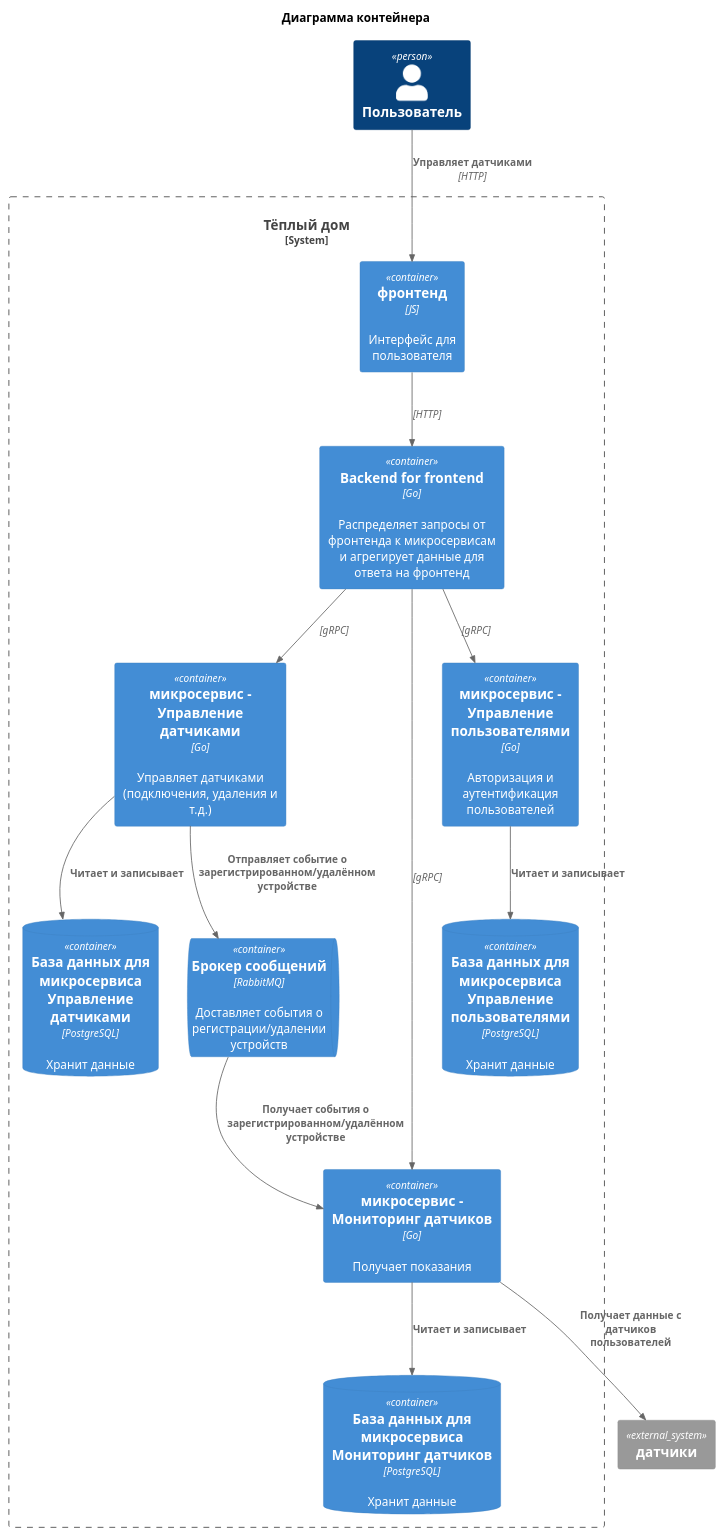
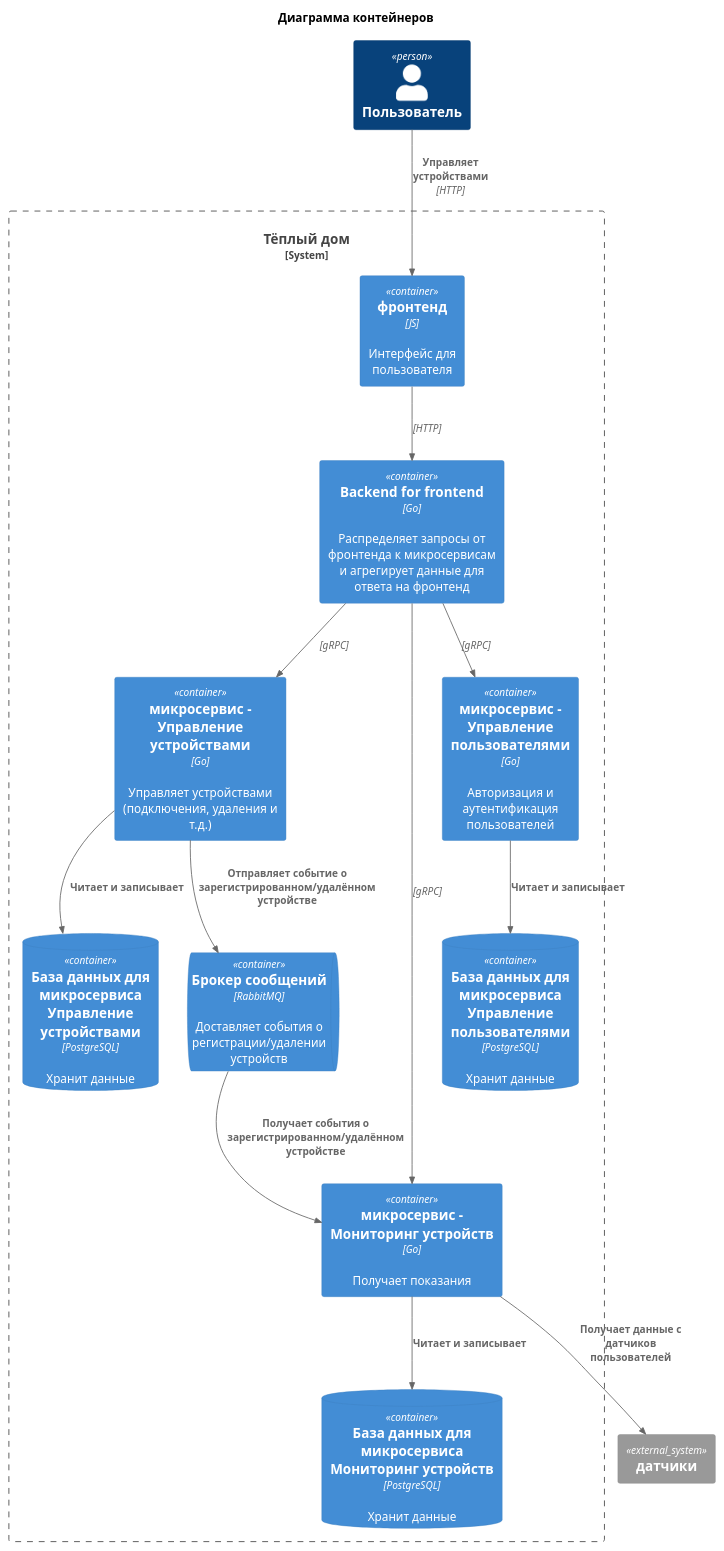
Before and after one commit to NikolosHGW/architecture-pro-warmhouse: the diagram in schemas/2/container.puml, drawn with PlantUML. The commit also changed 3 other files, not shown here.

Commit message:
Задание 2: Диграма компонентов Управление устройствами

```diff
--- a/schemas/2/container.puml
+++ b/schemas/2/container.puml
@@ -1,43 +1,43 @@
 @startuml
 !include <C4/C4_Container>
 
-title Диаграмма контейнера
+title Диаграмма контейнеров
 
 Person(user, "Пользователь")
 
 System_Boundary(warmhouse, "Тёплый дом") {
 
     Container(web_client, "фронтенд", "JS", "Интерфейс для пользователя")
 
     Container(bff, "Backend for frontend", "Go", "Распределяет запросы от фронтенда к микросервисам и агрегирует данные для ответа на фронтенд")
 
-    Container(sensors, "микросервис - Управление датчиками", "Go", "Управляет датчиками (подключения, удаления и т.д.)")
+    Container(devices, "микросервис - Управление устройствами", "Go", "Управляет устройствами (подключения, удаления и т.д.)")
 
-    ContainerDb(sensors_db, "База данных для микросервиса Управление датчиками", "PostgreSQL", "Хранит данные")
+    ContainerDb(devices_db, "База данных для микросервиса Управление устройствами", "PostgreSQL", "Хранит данные")
 
-    Container(monitoring, "микросервис - Мониторинг датчиков", "Go", "Получает показания")
+    Container(monitoring, "микросервис - Мониторинг устройств", "Go", "Получает показания")
 
-    ContainerDb(monitoring_db, "База данных для микросервиса Мониторинг датчиков", "PostgreSQL", "Хранит данные")
+    ContainerDb(monitoring_db, "База данных для микросервиса Мониторинг устройств", "PostgreSQL", "Хранит данные")
 
     Container(auth, "микросервис - Управление пользователями", "Go", "Авторизация и аутентификация пользователей")
 
     ContainerDb(auth_db, "База данных для микросервиса Управление пользователями", "PostgreSQL", "Хранит данные")
 
     ContainerQueue(rabbitmq, "Брокер сообщений", "RabbitMQ", "Доставляет события о регистрации/удалении устройств")
 }
 
 System_Ext("user_sensors", "датчики")
 
-Rel(user, web_client, "Управляет датчиками", "HTTP")
+Rel(user, web_client, "Управляет устройствами", "HTTP")
 Rel(web_client, bff, "", "HTTP")
-Rel(bff, sensors, "", "gRPC")
+Rel(bff, devices, "", "gRPC")
 Rel(bff, monitoring, "", "gRPC")
 Rel(bff, auth, "", "gRPC")
-Rel(sensors, sensors_db, "Читает и записывает")
+Rel(devices, devices_db, "Читает и записывает")
 Rel(monitoring, monitoring_db, "Читает и записывает")
 Rel(auth, auth_db, "Читает и записывает")
 Rel(monitoring, user_sensors, "Получает данные с датчиков пользователей")
-Rel(sensors, rabbitmq, "Отправляет событие о зарегистрированном/удалённом устройстве")
+Rel(devices, rabbitmq, "Отправляет событие о зарегистрированном/удалённом устройстве")
 Rel(rabbitmq, monitoring, "Получает события о зарегистрированном/удалённом устройстве")
 
 @enduml
```
